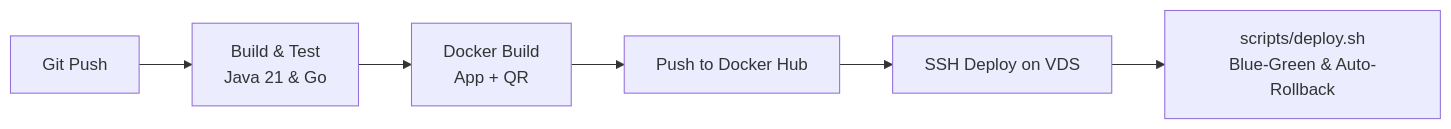
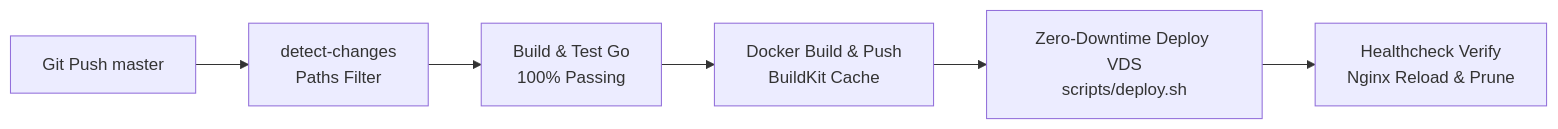
Before and after one commit to AndreyJVM/portfolio-service: the second of 2 diagrams in README.md, drawn with Mermaid. The commit also changed other lines of this file and 153 other files, not shown here.

````diff
--- a/README.md
+++ b/README.md
@@ -98,8 +105,8 @@
 ```mermaid
 flowchart LR
-    A[Git Push] --> B[Build & Test<br/>Java 21 & Go]
-    B --> C[Docker Build<br/>App + QR]
-    C --> D[Push to Docker Hub]
-    D --> E[SSH Deploy on VDS]
-    E --> F[scripts/deploy.sh<br/>Blue-Green & Auto-Rollback]
+    A[Git Push master] --> B[detect-changes<br/>Paths Filter]
+    B --> C[Build & Test Go<br/>100% Passing]
+    C --> D[Docker Build & Push<br/>BuildKit Cache]
+    D --> E[Zero-Downtime Deploy VDS<br/>scripts/deploy.sh]
+    E --> F[Healthcheck Verify<br/>Nginx Reload & Prune]
 ```
````
